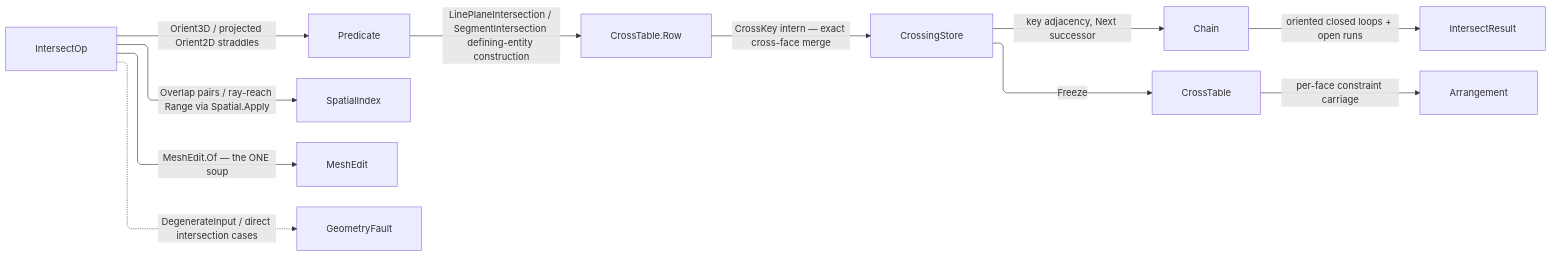
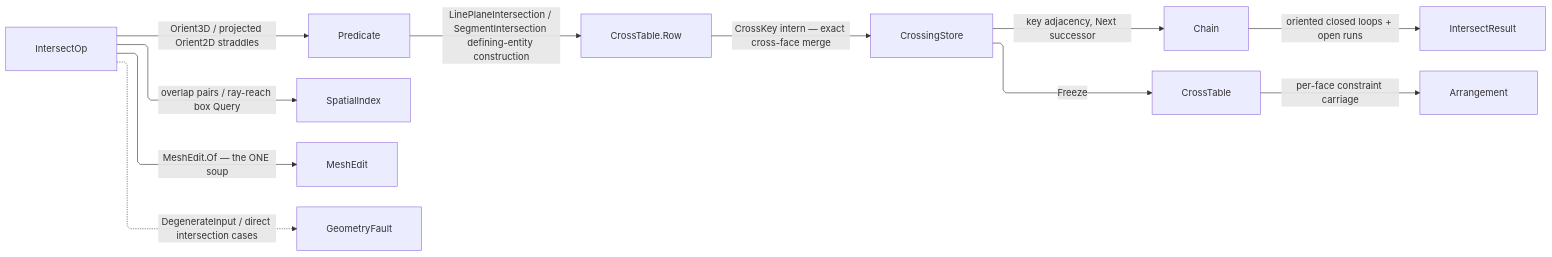
Before and after one commit to bsamiee/Rasm: the diagram in libs/dotnet/Rasm/.planning/Meshing/intersect.md, drawn with Mermaid. The commit also changed other lines of this file and 150 other files, not shown here.

````diff
--- a/libs/dotnet/Rasm/.planning/Meshing/intersect.md
+++ b/libs/dotnet/Rasm/.planning/Meshing/intersect.md
@@ -540,22 +528,22 @@
 ```mermaid
 ---
 config:
   layout: elk
   flowchart:
     curve: linear
     padding: 25
 ---
 flowchart LR
     accTitle: Crossing table flow
     accDescr: Operands flow through the broad phase, exact narrow phase, and key-interned crossing rows into chained loops and open rows.
     IntersectOp -->|Orient3D / projected Orient2D straddles| Predicate
-    IntersectOp -->|Overlap pairs / ray-reach Range via Spatial.Apply| SpatialIndex
+    IntersectOp -->|overlap pairs / ray-reach box Query| SpatialIndex
     IntersectOp -->|MeshEdit.Of — the ONE soup| MeshEdit
     Predicate -->|LinePlaneIntersection / SegmentIntersection defining-entity construction| CrossRow["CrossTable.Row"]
     CrossRow -->|CrossKey intern — exact cross-face merge| CrossingStore
     CrossingStore -->|key adjacency, Next successor| Chain
     Chain -->|oriented closed loops + open runs| IntersectResult
     CrossingStore -->|Freeze| CrossTable
     CrossTable -->|per-face constraint carriage| Arrangement
     IntersectOp -.->|DegenerateInput / direct intersection cases| GeometryFault
 ```
````
